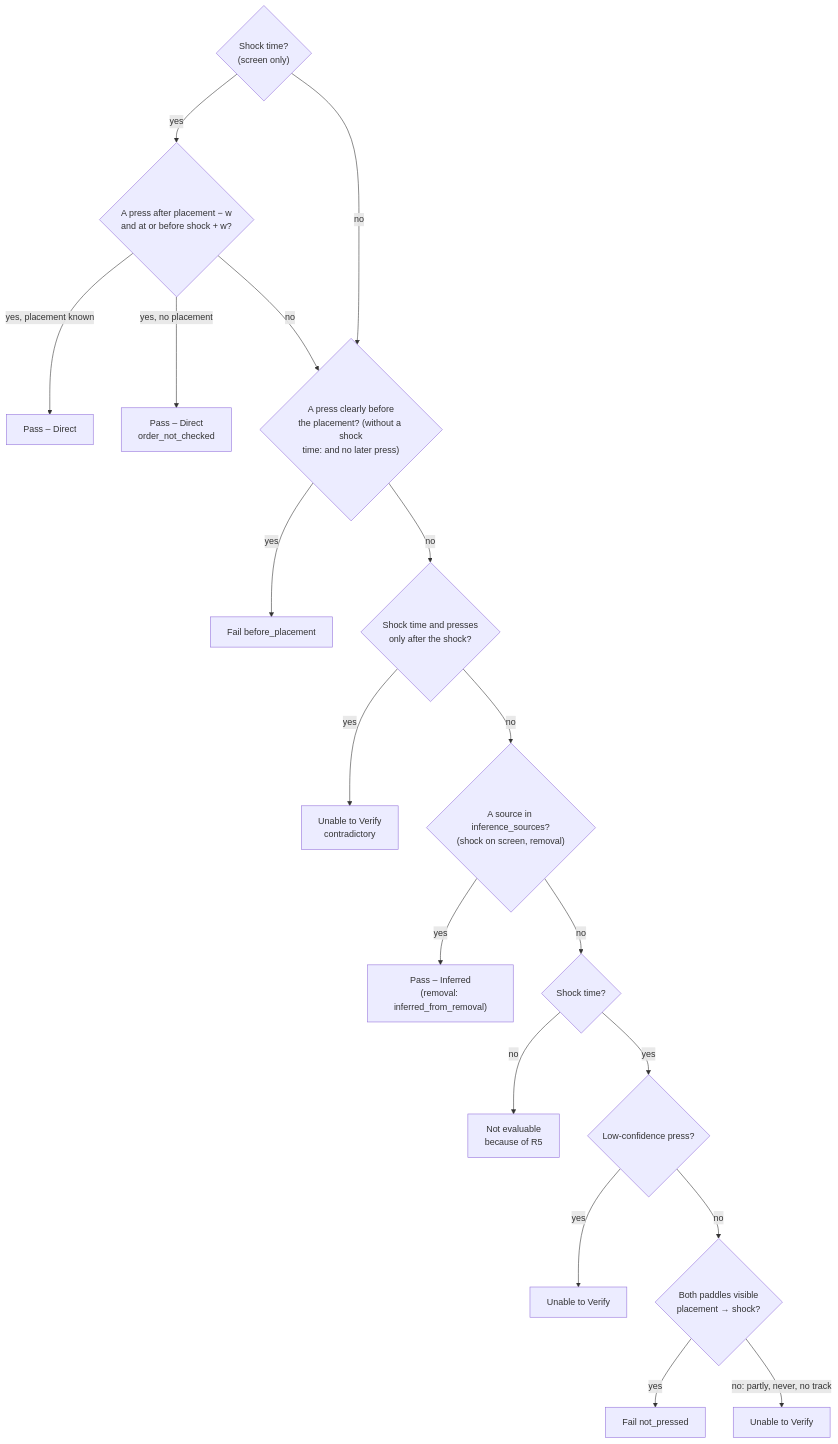
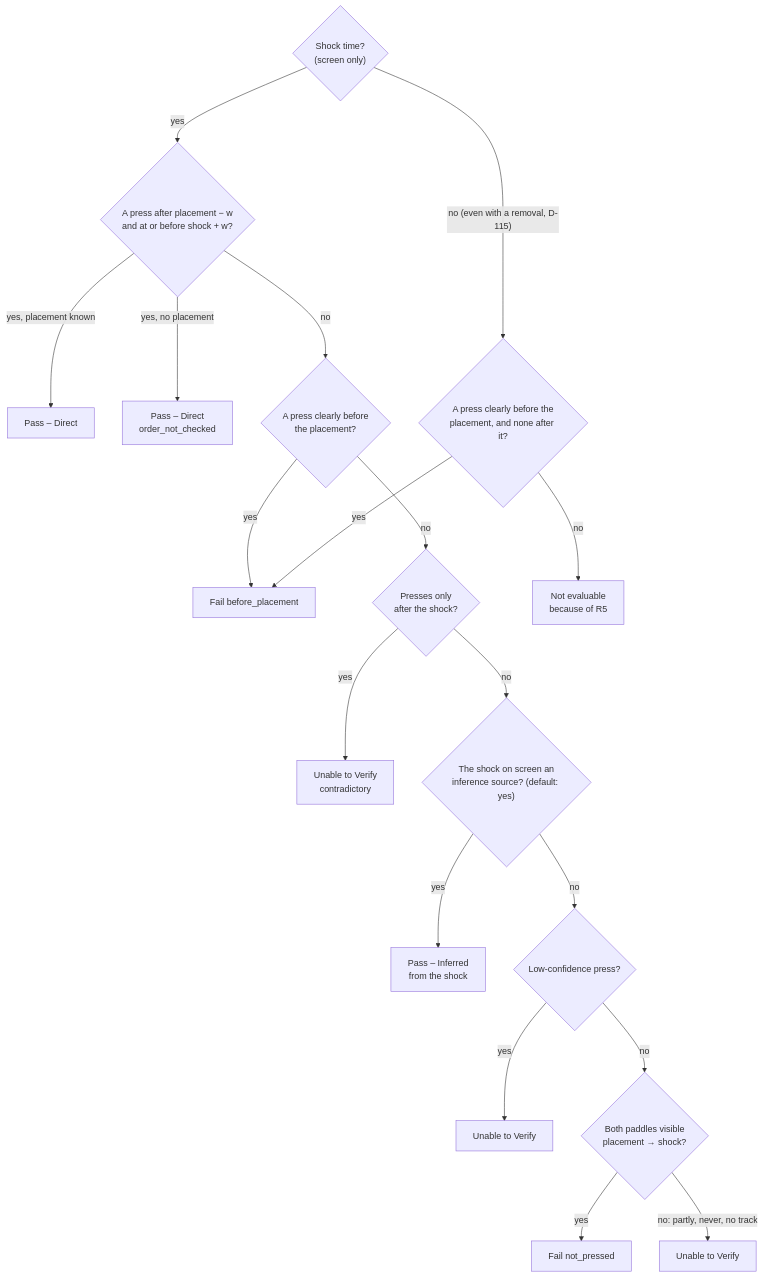
Diagram 14 of 16 in docs/rule_engine/diagrams.md (ananthu65/defibrillator_research), drawn with Mermaid before and after one commit. The commit also changed other lines of this file and 33 other files, not shown here.

First line of the commit message:
fix(rules): remove every paddle-removal-implies-shock inference (D-115)

````diff
--- a/docs/rule_engine/diagrams.md
+++ b/docs/rule_engine/diagrams.md
@@ -370,20 +354,20 @@
 ```mermaid
 flowchart TD
     S{"Shock time?<br/>(screen only)"} -->|yes| V{"A press after placement − w<br/>and at or before shock + w?"}
     V -->|"yes, placement known"| P1["Pass – Direct"]
     V -->|"yes, no placement"| P2["Pass – Direct<br/>order_not_checked"]
-    V -->|no| E
-    S -->|no| E{"A press clearly before<br/>the placement? (without a shock<br/>time: and no later press)"}
+    V -->|no| E{"A press clearly before<br/>the placement?"}
     E -->|yes| F1["Fail before_placement"]
-    E -->|no| L{"Shock time and presses<br/>only after the shock?"}
+    E -->|no| L{"Presses only<br/>after the shock?"}
     L -->|yes| U0["Unable to Verify<br/>contradictory"]
-    L -->|no| I{"A source in inference_sources?<br/>(shock on screen, removal)"}
-    I -->|yes| P3["Pass – Inferred<br/>(removal: inferred_from_removal)"]
-    I -->|no| N{"Shock time?"}
-    N -->|no| NE["Not evaluable<br/>because of R5"]
-    N -->|yes| W{"Low-confidence press?"}
+    L -->|no| I{"The shock on screen an<br/>inference source? (default: yes)"}
+    I -->|yes| P3["Pass – Inferred<br/>from the shock"]
+    I -->|no| W{"Low-confidence press?"}
     W -->|yes| U1["Unable to Verify"]
     W -->|no| Z{"Both paddles visible<br/>placement → shock?"}
     Z -->|yes| F2["Fail not_pressed"]
     Z -->|"no: partly, never, no track"| U2["Unable to Verify"]
+    S -->|"no (even with a removal, D-115)"| E0{"A press clearly before the<br/>placement, and none after it?"}
+    E0 -->|yes| F1
+    E0 -->|no| NE["Not evaluable<br/>because of R5"]
 ```
````
